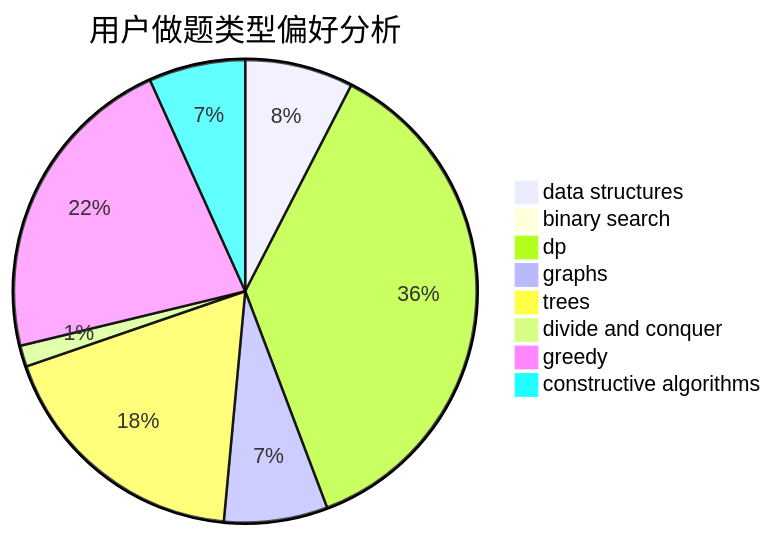
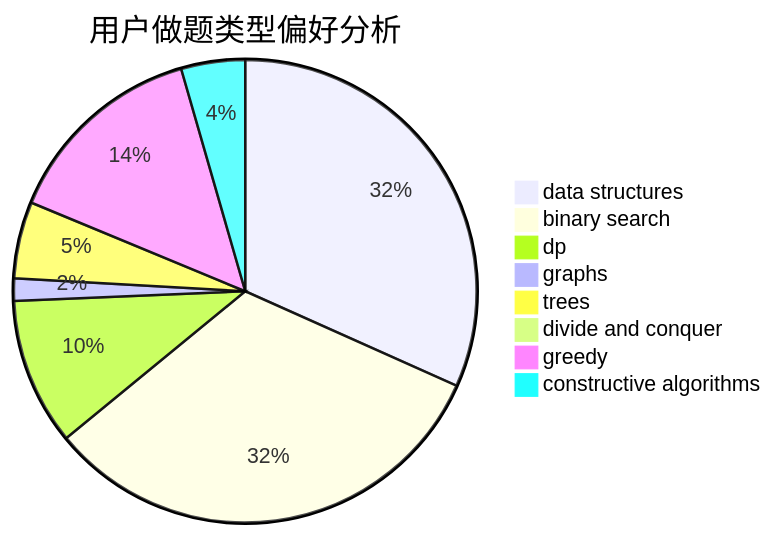
The second of 3 diagrams in docs/user/u1096.md (sherpahu/cfrs.github.io), drawn with Mermaid before and after one commit. The commit also changed other lines of this file and 2770 other files, not shown here.

````diff
--- a/docs/user/u1096.md
+++ b/docs/user/u1096.md
@@ -23,11 +23,11 @@
 ```mermaid
 pie title 用户做题类型偏好分析
-    "data structures" :  46
-    "binary search" :  3
-    "dp" :  223
-    "graphs" :  44
-    "trees" :  111
-    "divide and conquer" :  9
-    "greedy" :  134
-    "constructive algorithms" :  41
+    "data structures" :  142
+    "binary search" :  145
+    "dp" :  46
+    "graphs" :  7
+    "trees" :  24
+    "divide and conquer" :  0
+    "greedy" :  64
+    "constructive algorithms" :  20
 ```
````
